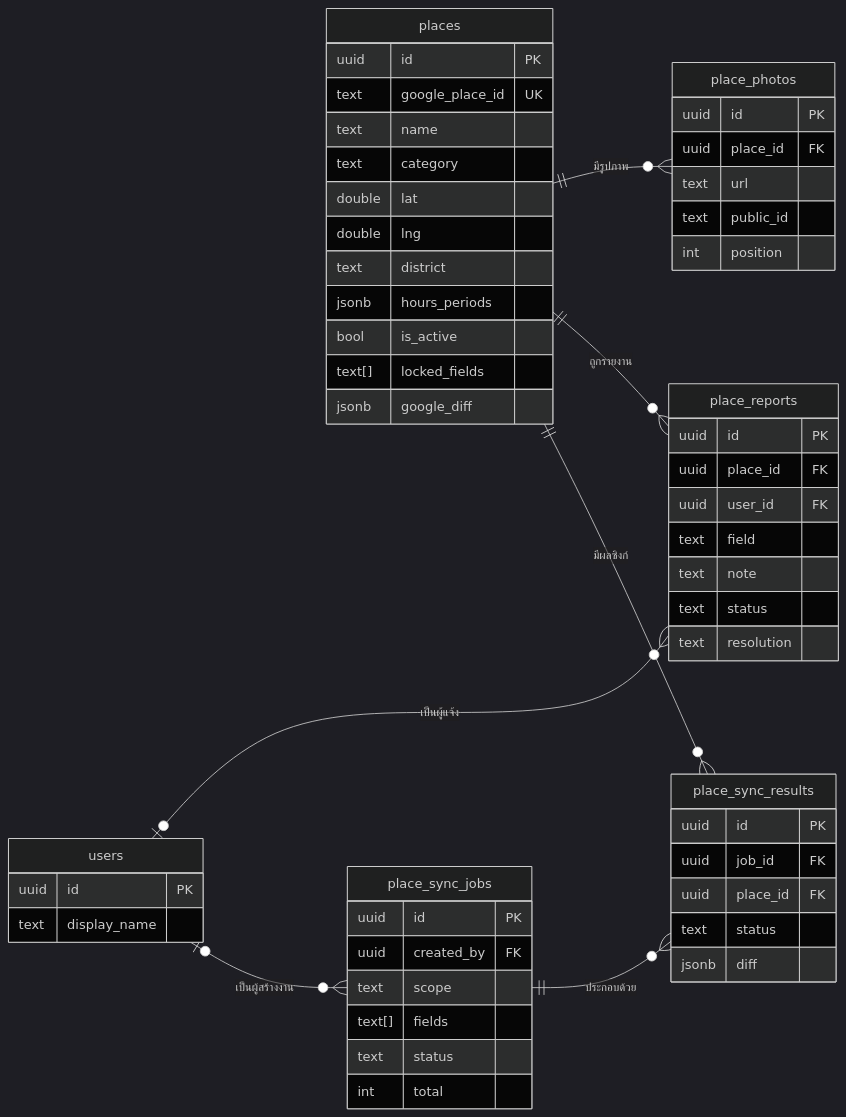
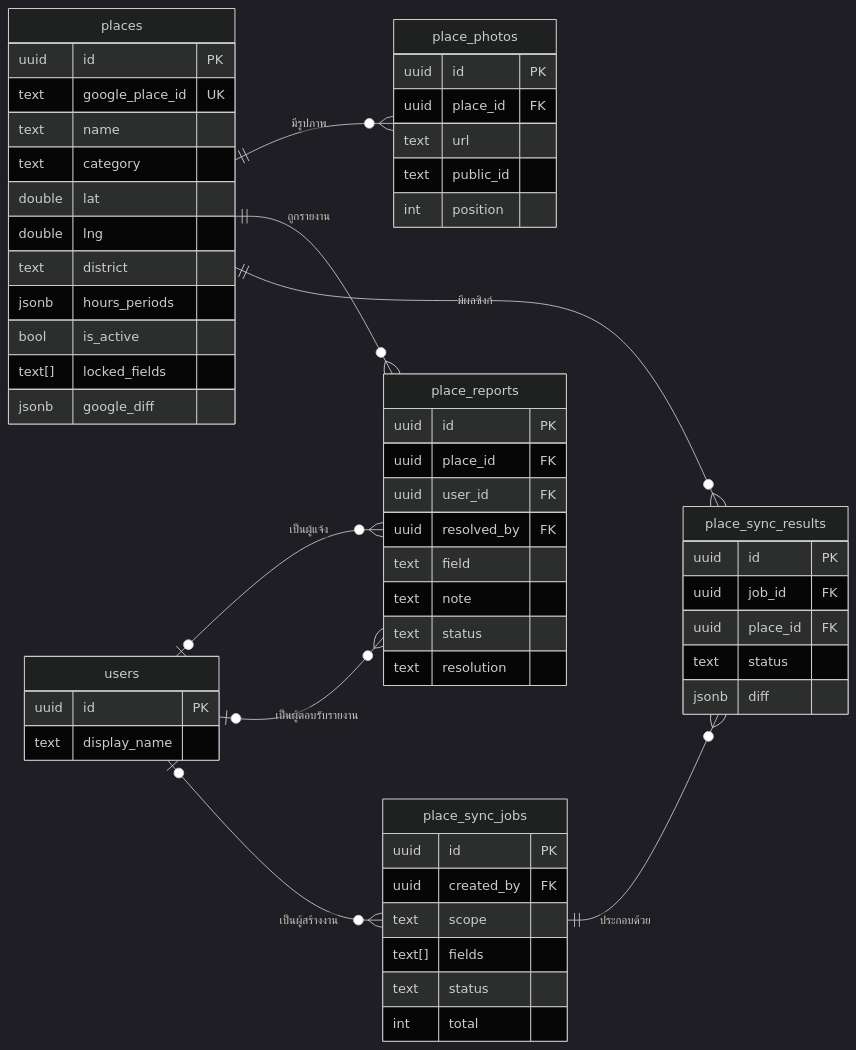
One commit to Poeir/docs-project1 changed the diagram in report/images/erd/erd-3-place.mmd. Above: the diagram before and after it, drawn with Mermaid (dark theme). The commit also changed 11 other files, not shown here.

```diff
--- a/report/images/erd/erd-3-place.mmd
+++ b/report/images/erd/erd-3-place.mmd
@@ -1,57 +1,59 @@
 erDiagram
     direction LR
     places ||--o{ place_photos : "มีรูปภาพ"
     places ||--o{ place_reports : "ถูกรายงาน"
     places ||--o{ place_sync_results : "มีผลซิงก์"
     place_sync_jobs ||--o{ place_sync_results : "ประกอบด้วย"
     users |o--o{ place_reports : "เป็นผู้แจ้ง"
+    users |o--o{ place_reports : "เป็นผู้ตอบรับรายงาน"
     users |o--o{ place_sync_jobs : "เป็นผู้สร้างงาน"
 
     users {
         uuid id PK
         text display_name
     }
     places {
         uuid id PK
         text google_place_id UK
         text name
         text category
         double lat
         double lng
         text district
         jsonb hours_periods
         bool is_active
         text[] locked_fields
         jsonb google_diff
     }
     place_photos {
         uuid id PK
         uuid place_id FK
         text url
         text public_id
         int position
     }
     place_reports {
         uuid id PK
         uuid place_id FK
         uuid user_id FK
+        uuid resolved_by FK
         text field
         text note
         text status
         text resolution
     }
     place_sync_jobs {
         uuid id PK
         uuid created_by FK
         text scope
         text[] fields
         text status
         int total
     }
     place_sync_results {
         uuid id PK
         uuid job_id FK
         uuid place_id FK
         text status
         jsonb diff
     }
```
